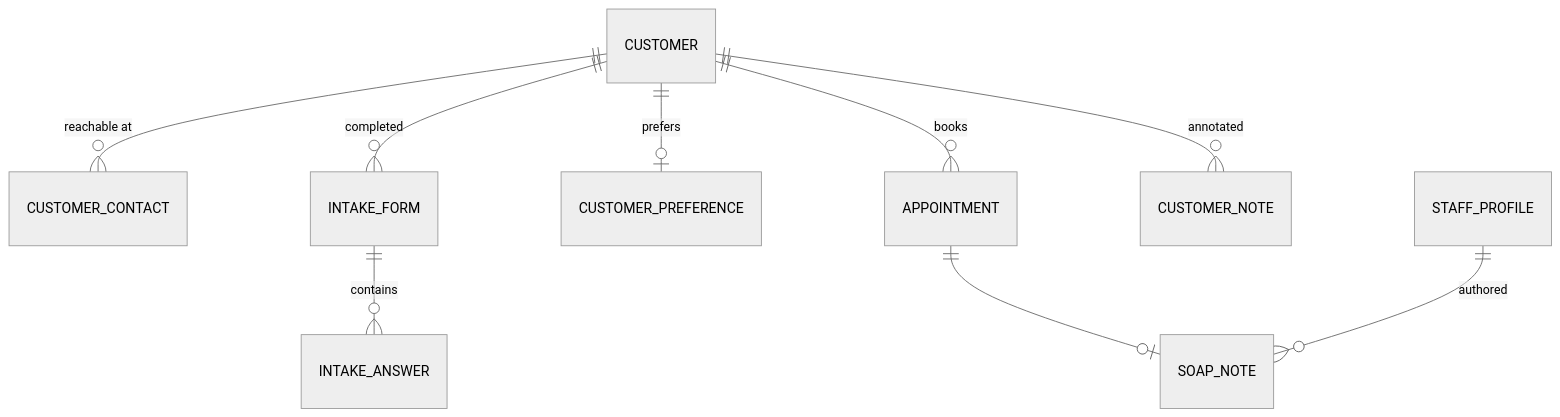
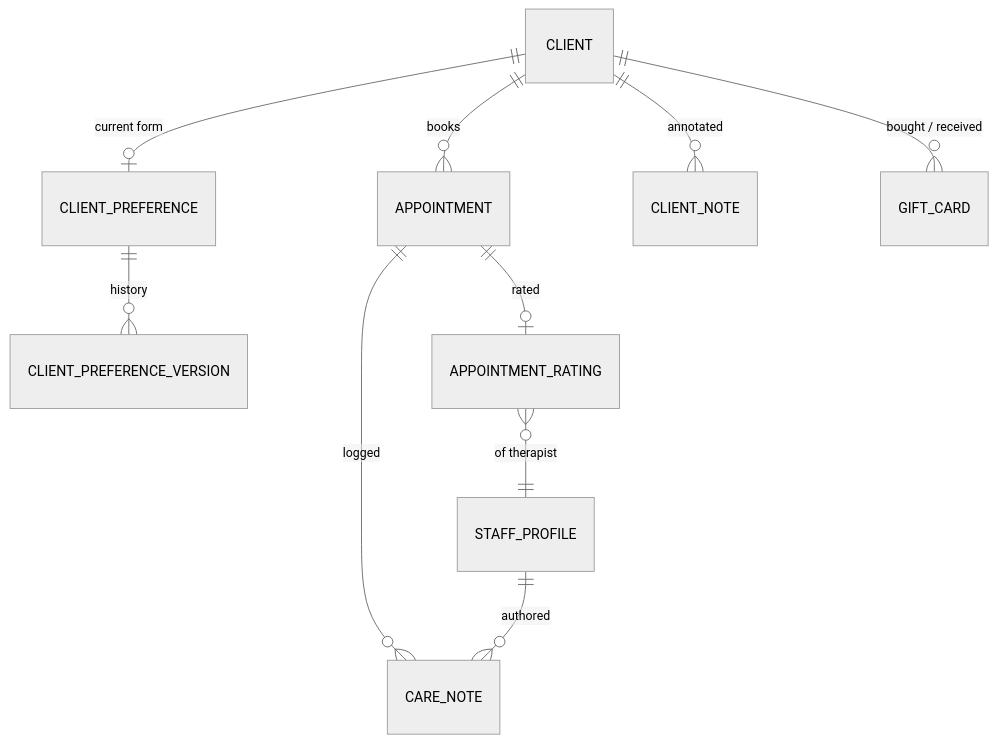
The fourth of 6 diagrams in docs/02-domain-model.md (Zogoo/salon_crm), drawn with Mermaid (neutral theme) before and after one commit. The commit also changed other lines of this file and 8 other files, not shown here.

````diff
--- a/docs/02-domain-model.md
+++ b/docs/02-domain-model.md
@@ -100,11 +108,12 @@
 ```mermaid
 erDiagram
-    CUSTOMER ||--o{ CUSTOMER_CONTACT : "reachable at"
-    CUSTOMER ||--o{ INTAKE_FORM : "completed"
-    INTAKE_FORM ||--o{ INTAKE_ANSWER : "contains"
-    CUSTOMER ||--o| CUSTOMER_PREFERENCE : "prefers"
-    CUSTOMER ||--o{ APPOINTMENT : "books"
-    CUSTOMER ||--o{ CUSTOMER_NOTE : "annotated"
-    APPOINTMENT ||--o| SOAP_NOTE : ""
-    STAFF_PROFILE ||--o{ SOAP_NOTE : "authored"
+    CLIENT ||--o{ APPOINTMENT : "books"
+    CLIENT ||--o| CLIENT_PREFERENCE : "current form"
+    CLIENT_PREFERENCE ||--o{ CLIENT_PREFERENCE_VERSION : "history"
+    CLIENT ||--o{ CLIENT_NOTE : "annotated"
+    APPOINTMENT ||--o{ CARE_NOTE : "logged"
+    STAFF_PROFILE ||--o{ CARE_NOTE : "authored"
+    APPOINTMENT ||--o| APPOINTMENT_RATING : "rated"
+    APPOINTMENT_RATING }o--|| STAFF_PROFILE : "of therapist"
+    CLIENT ||--o{ GIFT_CARD : "bought / received"
 ```
````
